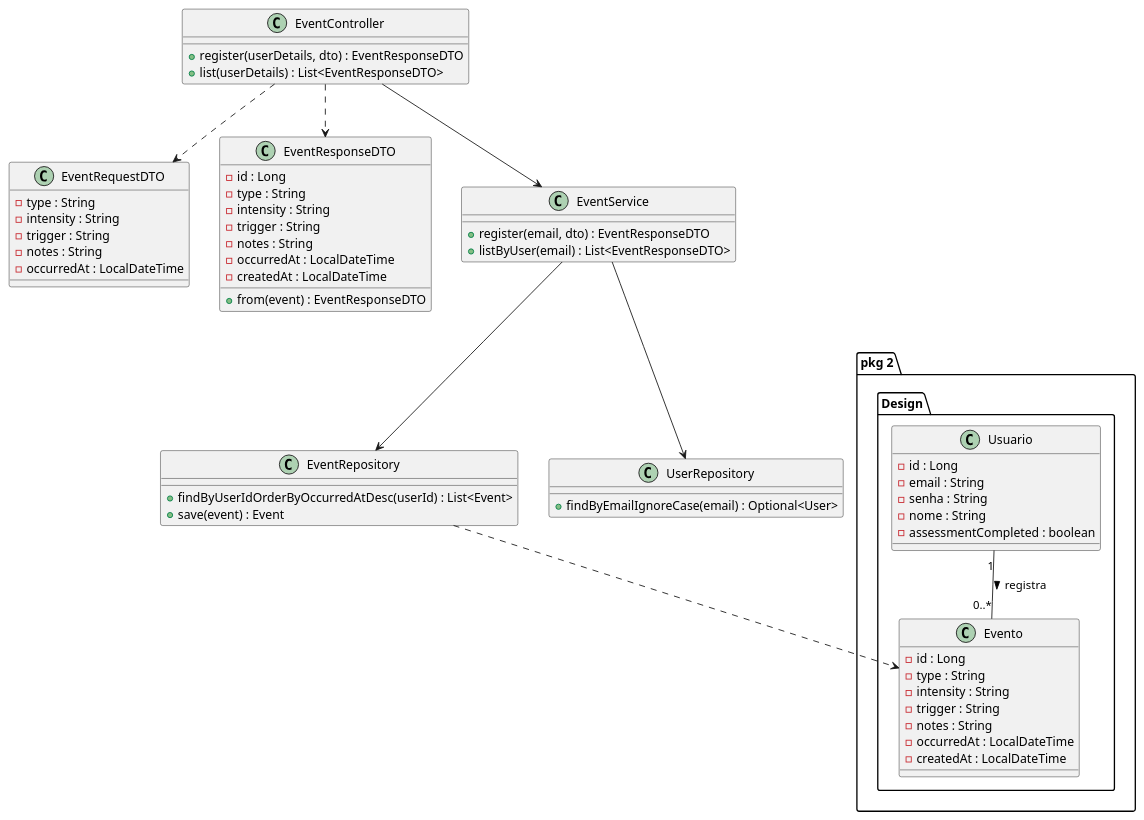
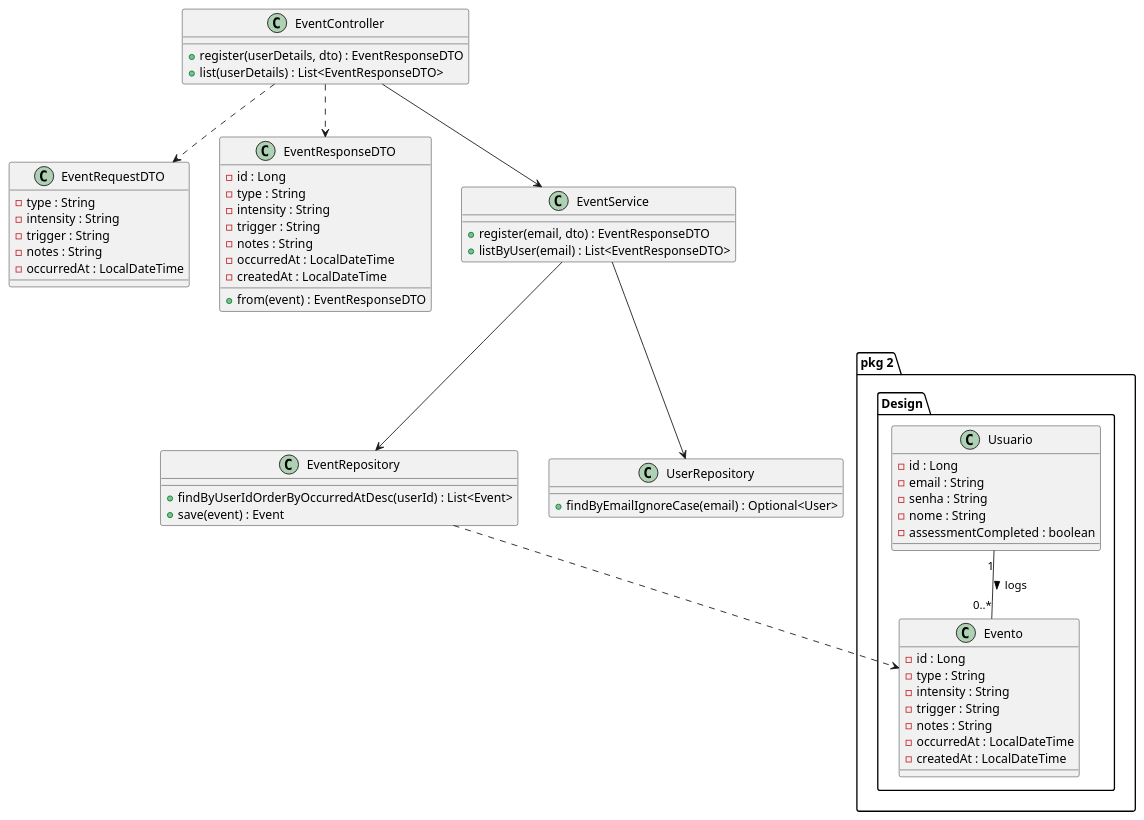
Before and after one commit to ErickHTF/0FUMO: the diagram in backend/diagrams/RegistrarEventosCD.plantuml, drawn with PlantUML. The commit also changed 10 other files, not shown here.

```diff
--- a/backend/diagrams/RegistrarEventosCD.plantuml
+++ b/backend/diagrams/RegistrarEventosCD.plantuml
@@ -1,72 +1,72 @@
 @startuml
 
 package "pkg 2.Design" {
 
   class Usuario {
     - id : Long
     - email : String
     - senha : String
     - nome : String
     - assessmentCompleted : boolean
   }
 
   class Evento {
     - id : Long
     - type : String
     - intensity : String
     - trigger : String
     - notes : String
     - occurredAt : LocalDateTime
     - createdAt : LocalDateTime
   }
 
-  Usuario "1" -- "0..*" Evento : registra >
+  Usuario "1" -- "0..*" Evento : logs >
 
 }
 
 class EventRequestDTO {
   - type : String
   - intensity : String
   - trigger : String
   - notes : String
   - occurredAt : LocalDateTime
 }
 
 class EventResponseDTO {
   - id : Long
   - type : String
   - intensity : String
   - trigger : String
   - notes : String
   - occurredAt : LocalDateTime
   - createdAt : LocalDateTime
   + from(event) : EventResponseDTO
 }
 
 class EventController {
   + register(userDetails, dto) : EventResponseDTO
   + list(userDetails) : List<EventResponseDTO>
 }
 
 class EventService {
   + register(email, dto) : EventResponseDTO
   + listByUser(email) : List<EventResponseDTO>
 }
 
 class EventRepository {
   + findByUserIdOrderByOccurredAtDesc(userId) : List<Event>
   + save(event) : Event
 }
 
 EventController --> EventService
 EventController ..> EventRequestDTO
 EventController ..> EventResponseDTO
 EventService --> EventRepository
 EventService --> UserRepository
 EventRepository ..> Evento
 
 class UserRepository {
   + findByEmailIgnoreCase(email) : Optional<User>
 }
 
 @enduml
```
